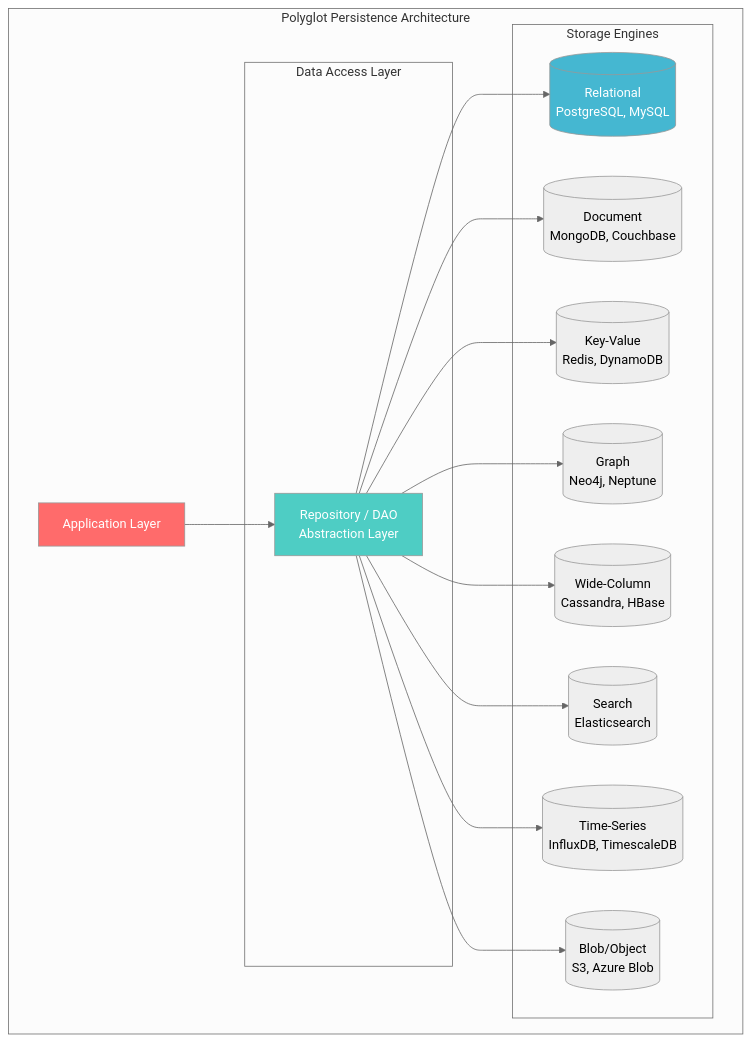
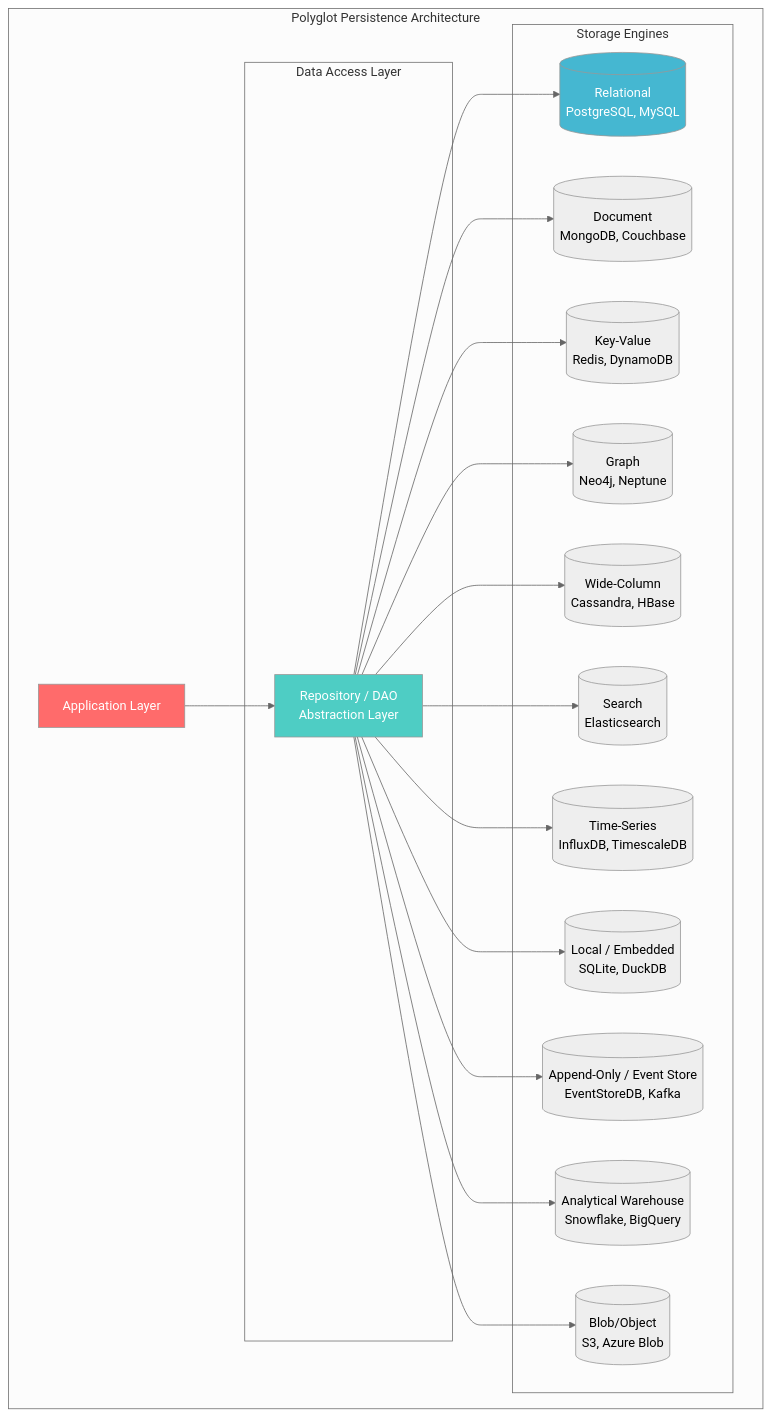
The first of 4 diagrams in architecture-general/04-data-analytics-ai-architecture/01-data-architecture/03-polyglot-persistence.md (gurkanindibay/azure_learning), drawn with Mermaid (neutral theme) before and after one commit. The commit also changed other lines of this file and 2 other files, not shown here.

Commit message:
Add Polyglot Persistence section and database intersections diagram to architecture documentation

````diff
--- a/architecture-general/04-data-analytics-ai-architecture/01-data-architecture/03-polyglot-persistence.md
+++ b/architecture-general/04-data-analytics-ai-architecture/01-data-architecture/03-polyglot-persistence.md
@@ -59,35 +59,41 @@
 ```mermaid
 graph TB
     subgraph "Polyglot Persistence Architecture"
         APP[Application Layer]
 
         subgraph "Data Access Layer"
             REPO[Repository / DAO<br/>Abstraction Layer]
         end
 
         subgraph "Storage Engines"
             RDBMS[(Relational<br/>PostgreSQL, MySQL)]
             DOC[(Document<br/>MongoDB, Couchbase)]
             KV[(Key-Value<br/>Redis, DynamoDB)]
             GRAPH[(Graph<br/>Neo4j, Neptune)]
             COL[(Wide-Column<br/>Cassandra, HBase)]
             SEARCH[(Search<br/>Elasticsearch)]
             TS[(Time-Series<br/>InfluxDB, TimescaleDB)]
+            EMBED[(Local / Embedded<br/>SQLite, DuckDB)]
+            EVENT[(Append-Only / Event Store<br/>EventStoreDB, Kafka)]
+            WAREHOUSE[(Analytical Warehouse<br/>Snowflake, BigQuery)]
             BLOB[(Blob/Object<br/>S3, Azure Blob)]
         end
 
         APP --> REPO
         REPO --> RDBMS
         REPO --> DOC
         REPO --> KV
         REPO --> GRAPH
         REPO --> COL
         REPO --> SEARCH
         REPO --> TS
+        REPO --> EMBED
+        REPO --> EVENT
+        REPO --> WAREHOUSE
         REPO --> BLOB
     end
 
     style APP fill:#ff6b6b,color:#fff
     style REPO fill:#4ecdc4,color:#fff
     style RDBMS fill:#45b7d1,color:#fff
 ```
````
